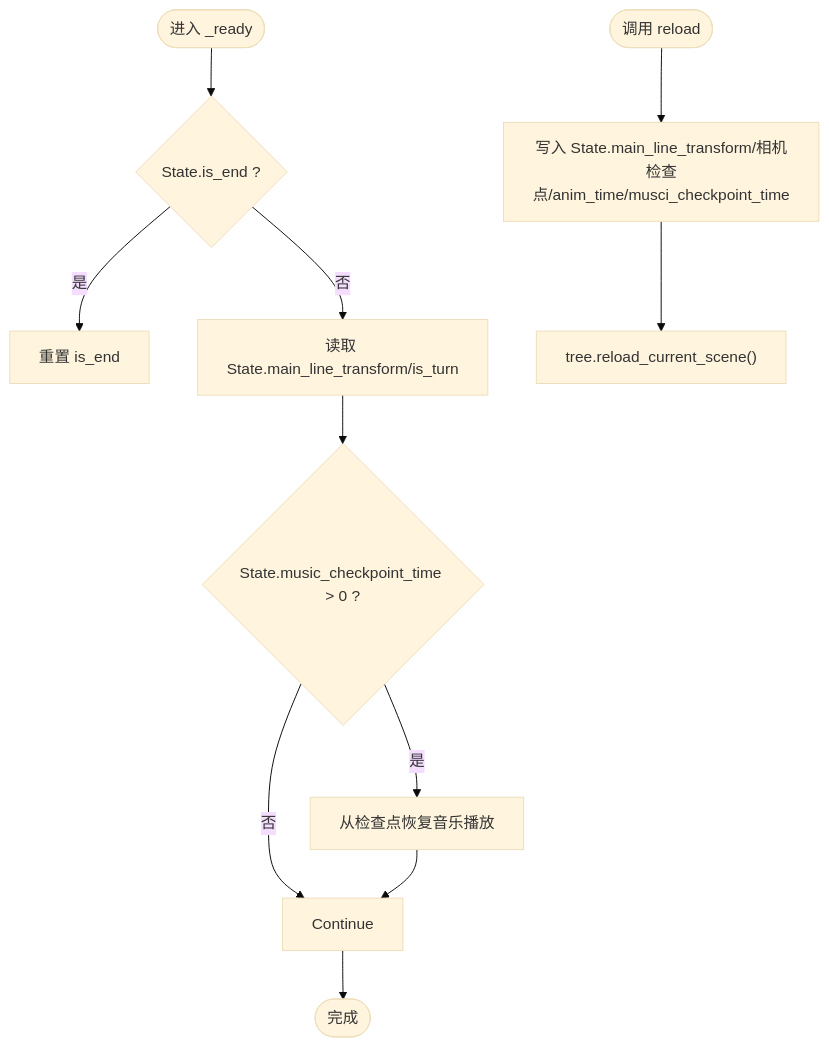
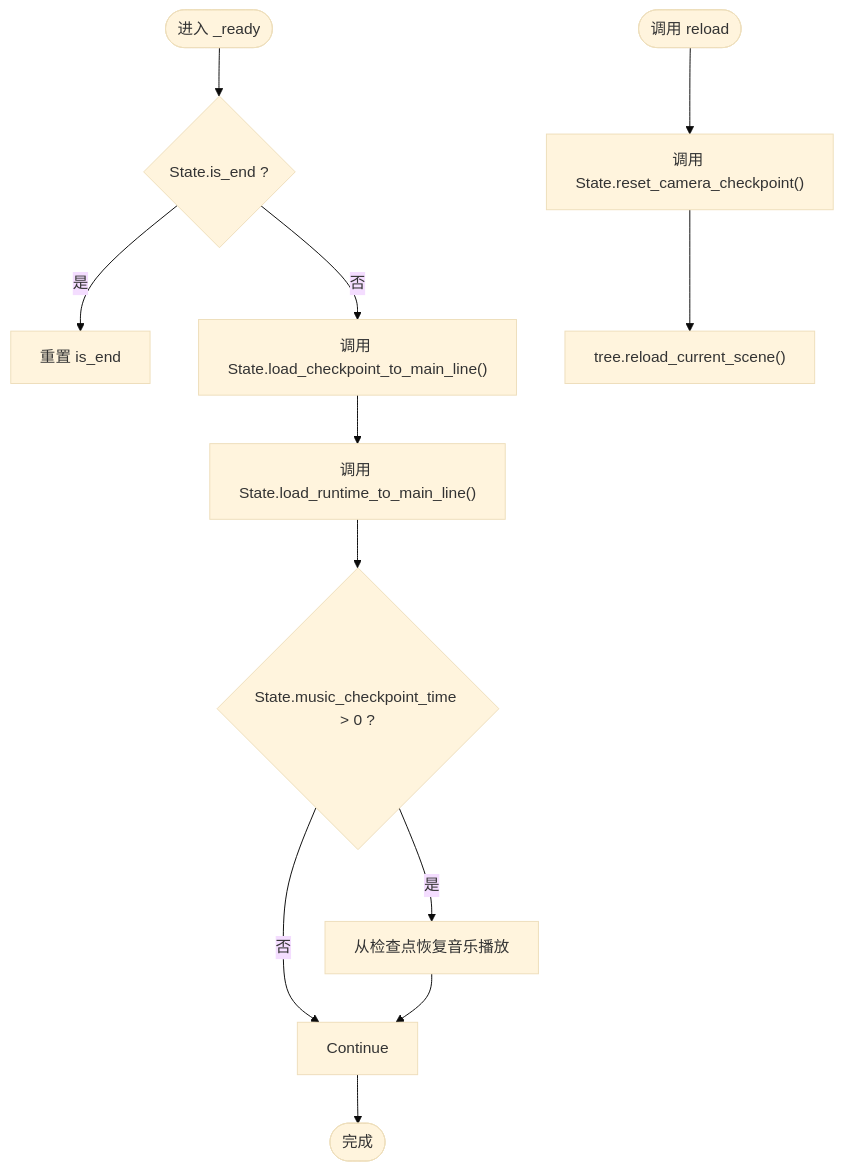
One commit to godotline/godot-line changed the fifth of 11 diagrams in .qoder/repowiki/zh/content/核心架构设计/设计模式应用/状态管理模式.md. Above: the diagram before and after it, drawn with Mermaid (base theme). The commit also changed other lines of this file and 687 other files, not shown here.

````diff
--- a/.qoder/repowiki/zh/content/核心架构设计/设计模式应用/状态管理模式.md
+++ b/.qoder/repowiki/zh/content/核心架构设计/设计模式应用/状态管理模式.md
@@ -204,13 +224,14 @@
 ```mermaid
 flowchart TD
 Start(["进入 _ready"]) --> CheckEnd{"State.is_end ?"}
 CheckEnd --> |是| ResetFlags["重置 is_end"]
-CheckEnd --> |否| LoadState["读取 State.main_line_transform/is_turn"]
-LoadState --> MusicCheck{"State.music_checkpoint_time > 0 ?"}
+CheckEnd --> |否| LoadCheckpoint["调用 State.load_checkpoint_to_main_line()"]
+LoadCheckpoint --> LoadRuntime["调用 State.load_runtime_to_main_line()"]
+LoadRuntime --> MusicCheck{"State.music_checkpoint_time > 0 ?"}
 MusicCheck --> |是| ResumeMusic["从检查点恢复音乐播放"]
 MusicCheck --> |否| Continue
 ResumeMusic --> Continue
 Continue --> End(["完成"])
-Reload(["调用 reload"]) --> SaveState["写入 State.main_line_transform/相机检查点/anim_time/musci_checkpoint_time"]
+Reload(["调用 reload"]) --> SaveState["调用 State.reset_camera_checkpoint()"]
 SaveState --> SceneReload["tree.reload_current_scene()"]
 ```
````
